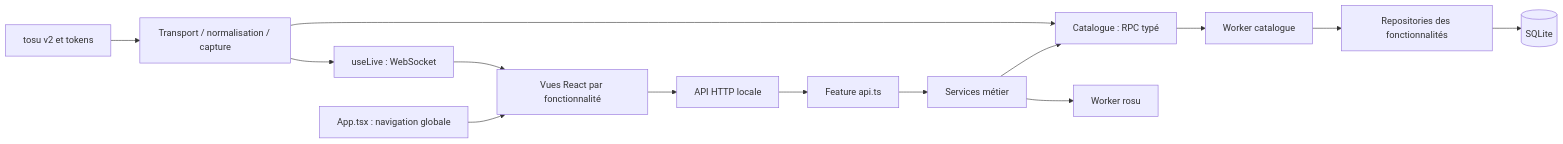
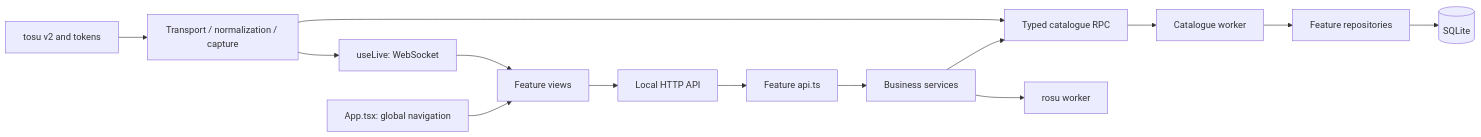
The diagram in docs/ARCHITECTURE.md (Debuzzz/osumosis), drawn with Mermaid before and after one commit. The commit also changed other lines of this file and 49 other files, not shown here.

````diff
--- a/docs/ARCHITECTURE.md
+++ b/docs/ARCHITECTURE.md
@@ -16,16 +17,16 @@
 ```mermaid
 flowchart LR
-  App[App.tsx : navigation globale] --> Views[Vues React par fonctionnalité]
-  Views --> HTTP[API HTTP locale]
-  Live[useLive : WebSocket] --> Views
+  App[App.tsx: global navigation] --> Views[Feature views]
+  Views --> HTTP[Local HTTP API]
+  Live[useLive: WebSocket] --> Views
   HTTP --> API[Feature api.ts]
-  API --> Service[Services métier]
-  Service --> RPC[Catalogue : RPC typé]
-  RPC --> Worker[Worker catalogue]
-  Worker --> Repos[Repositories des fonctionnalités]
+  API --> Service[Business services]
+  Service --> RPC[Typed catalogue RPC]
+  RPC --> Worker[Catalogue worker]
+  Worker --> Repos[Feature repositories]
   Repos --> SQLite[(SQLite)]
-  Service --> Analysis[Worker rosu]
-  Tosu[tosu v2 et tokens] --> Capture[Transport / normalisation / capture]
+  Service --> Analysis[rosu worker]
+  Tosu[tosu v2 and tokens] --> Capture[Transport / normalization / capture]
   Capture --> RPC
   Capture --> Live
 ```
````
